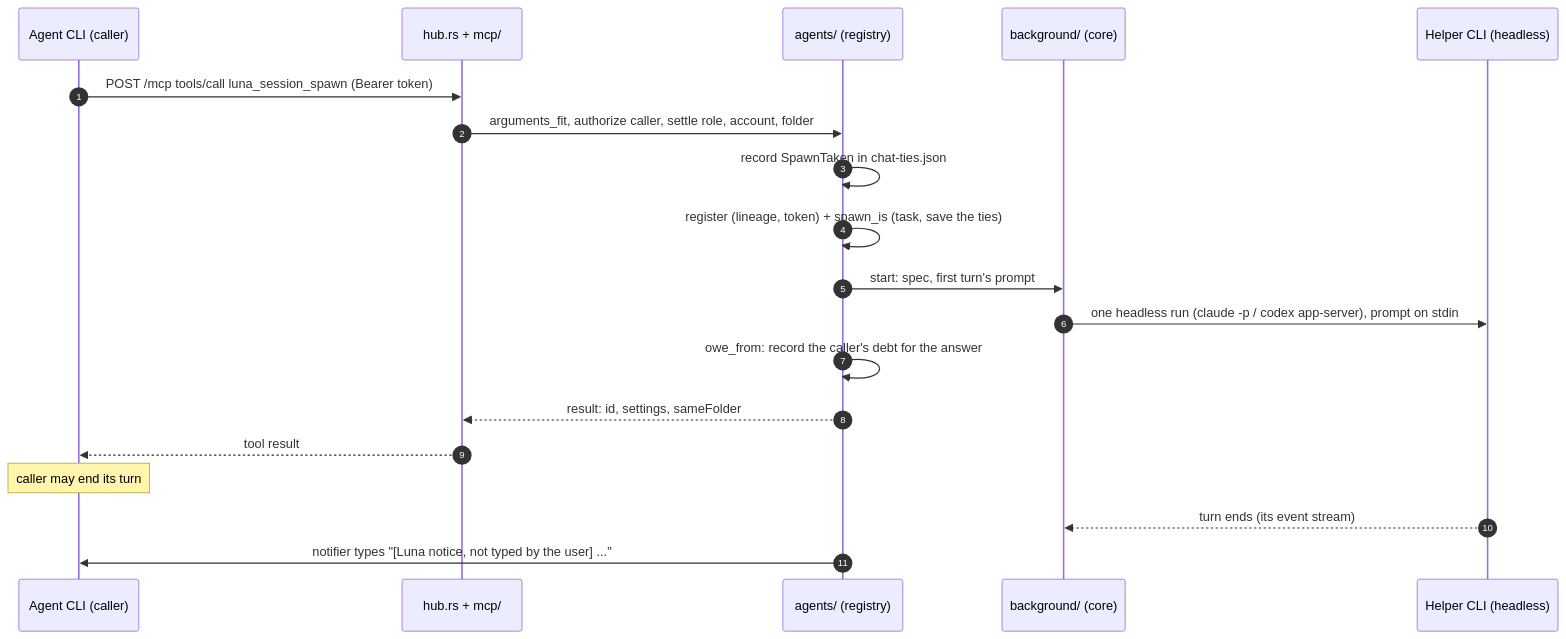
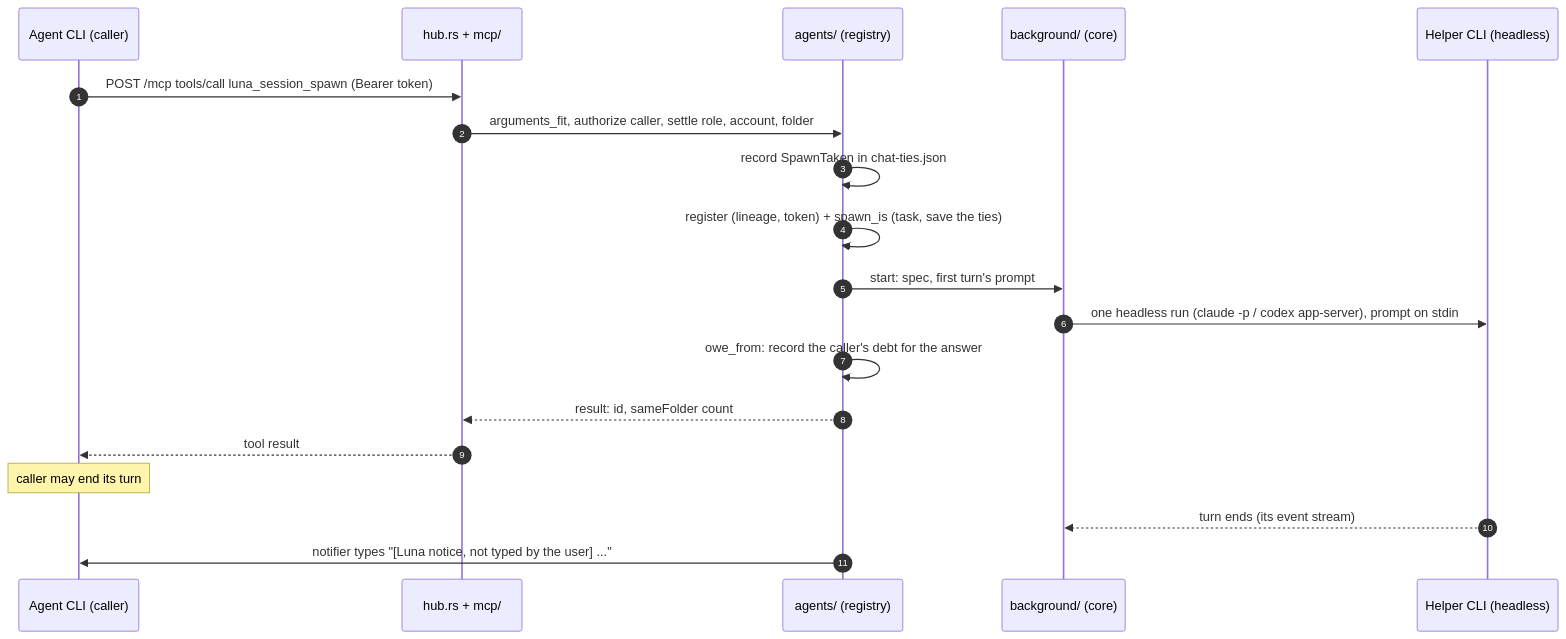
Before and after one commit to nrubinmosin/luna: the second of 3 diagrams in docs/architecture/overview.md, drawn with Mermaid. The commit also changed 27 other files, not shown here.

````diff
--- a/docs/architecture/overview.md
+++ b/docs/architecture/overview.md
@@ -116,22 +116,22 @@
 ```mermaid
 sequenceDiagram
   autonumber
   participant A as Agent CLI (caller)
   participant H as hub.rs + mcp/
   participant R as agents/ (registry)
   participant B as background/ (core)
   participant S as Helper CLI (headless)
 
   A->>H: POST /mcp tools/call luna_session_spawn (Bearer token)
   H->>R: arguments_fit, authorize caller, settle role, account, folder
   R->>R: record SpawnTaken in chat-ties.json
   R->>R: register (lineage, token) + spawn_is (task, save the ties)
   R->>B: start: spec, first turn's prompt
   B->>S: one headless run (claude -p / codex app-server), prompt on stdin
   R->>R: owe_from: record the caller's debt for the answer
-  R-->>H: result: id, settings, sameFolder
+  R-->>H: result: id, sameFolder count
   H-->>A: tool result
   Note over A: caller may end its turn
   S-->>B: turn ends (its event stream)
   R->>A: notifier types "[Luna notice, not typed by the user] ..."
 ```
````
